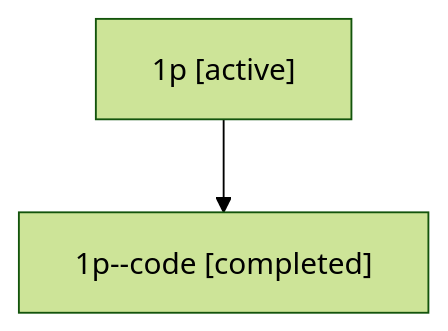
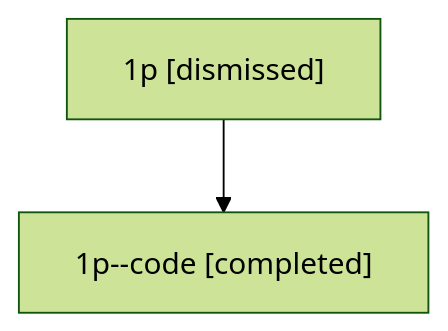
Before and after one commit to sase-org/sase--agents: the diagram in sessions/bbugyi200.athena.1p.md, drawn with Mermaid (forest theme). The commit also changed other lines of this file and 24 other files, not shown here.

````diff
--- a/sessions/bbugyi200.athena.1p.md
+++ b/sessions/bbugyi200.athena.1p.md
@@ -9,6 +9,6 @@
 ```mermaid
 flowchart TD
-  n0["1p [active]"]
+  n0["1p [dismissed]"]
   n1["1p--code [completed]"]
   n0 --> n1
 ```
````
